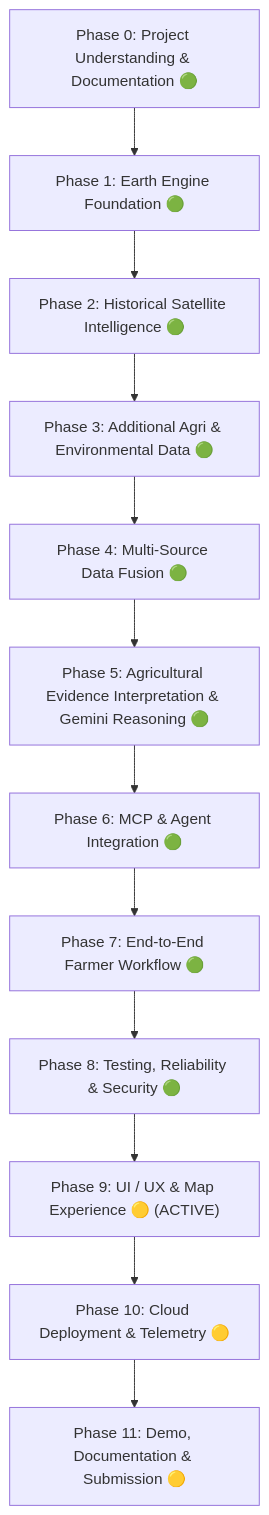
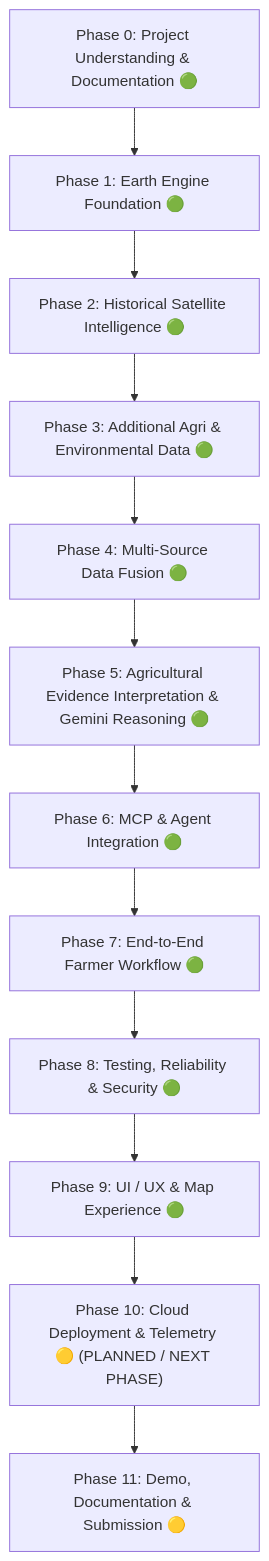
Before and after one commit to Kushagra-Dixit-0906/bharatsahayak-v2: the diagram in docs/MASTER_ROADMAP.md, drawn with Mermaid. The commit also changed other lines of this file and 45 other files, not shown here.

````diff
--- a/docs/MASTER_ROADMAP.md
+++ b/docs/MASTER_ROADMAP.md
@@ -21,14 +21,14 @@
 ```mermaid
 graph TD
     P0["Phase 0: Project Understanding & Documentation 🟢"] --> P1["Phase 1: Earth Engine Foundation 🟢"]
     P1 --> P2["Phase 2: Historical Satellite Intelligence 🟢"]
     P2 --> P3["Phase 3: Additional Agri & Environmental Data 🟢"]
     P3 --> P4["Phase 4: Multi-Source Data Fusion 🟢"]
     P4 --> P5["Phase 5: Agricultural Evidence Interpretation & Gemini Reasoning 🟢"]
     P5 --> P6["Phase 6: MCP & Agent Integration 🟢"]
     P6 --> P7["Phase 7: End-to-End Farmer Workflow 🟢"]
     P7 --> P8["Phase 8: Testing, Reliability & Security 🟢"]
-    P8 --> P9["Phase 9: UI / UX & Map Experience 🟡 (ACTIVE)"]
-    P9 --> P10["Phase 10: Cloud Deployment & Telemetry 🟡"]
+    P8 --> P9["Phase 9: UI / UX & Map Experience 🟢"]
+    P9 --> P10["Phase 10: Cloud Deployment & Telemetry 🟡 (PLANNED / NEXT PHASE)"]
     P10 --> P11["Phase 11: Demo, Documentation & Submission 🟡"]
 ```
````
